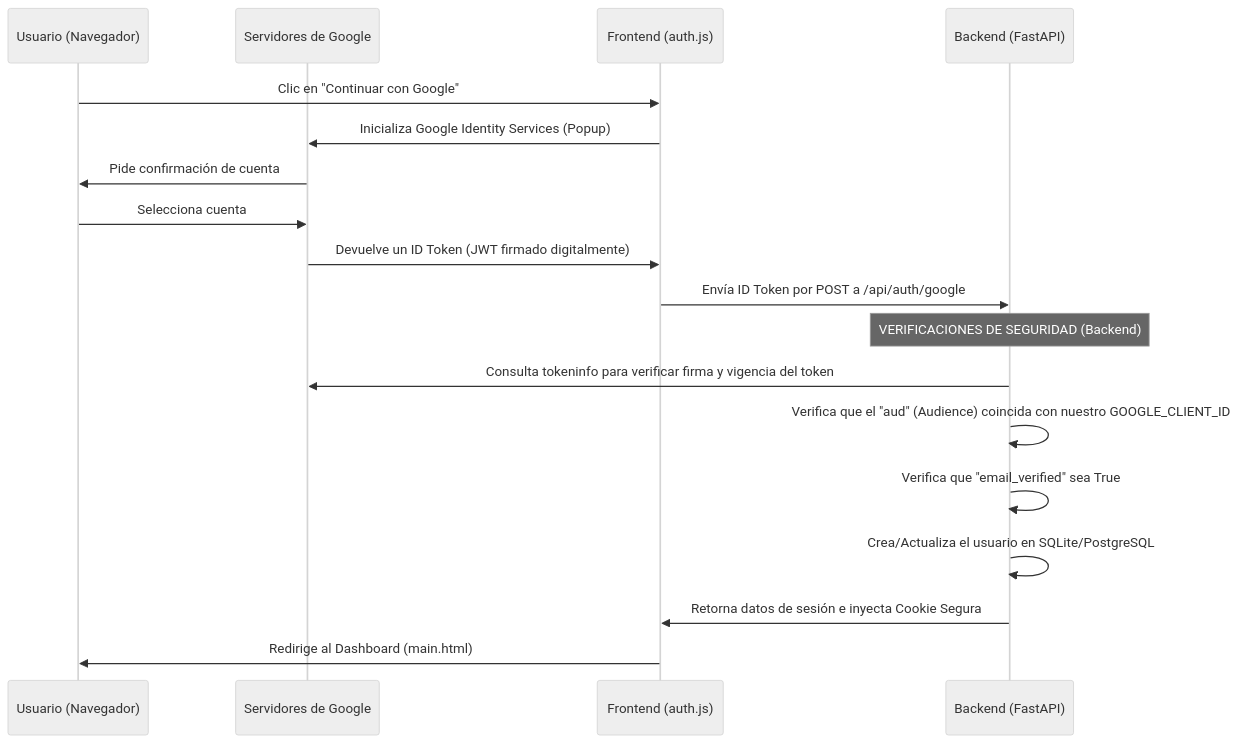
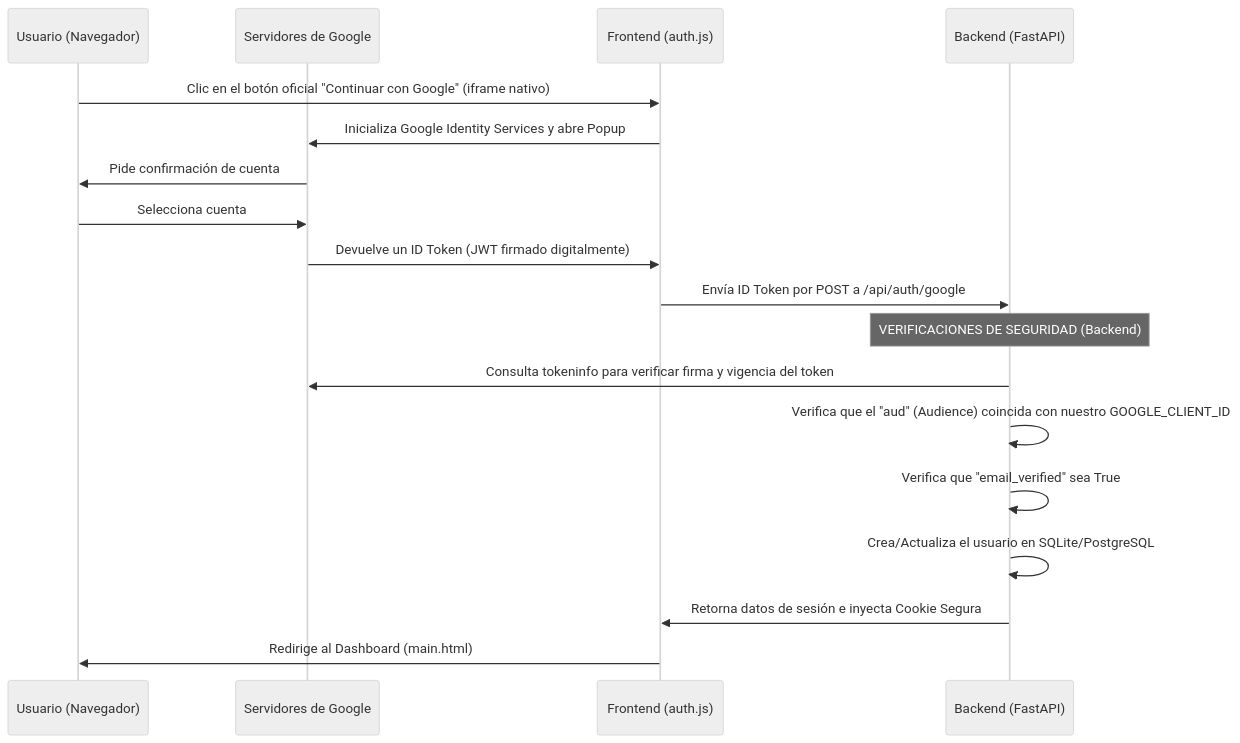
Before and after one commit to carpincho2/Gestor-Finanzas: the diagram in mds/autenticacion_y_responsive.md, drawn with Mermaid (neutral theme). The commit also changed other lines of this file and 3 other files, not shown here.

````diff
--- a/mds/autenticacion_y_responsive.md
+++ b/mds/autenticacion_y_responsive.md
@@ -13,21 +13,21 @@
 ```mermaid
 sequenceDiagram
     participant U as Usuario (Navegador)
     participant G as Servidores de Google
     participant F as Frontend (auth.js)
     participant B as Backend (FastAPI)
     
-    U->>F: Clic en "Continuar con Google"
-    F->>G: Inicializa Google Identity Services (Popup)
+    U->>F: Clic en el botón oficial "Continuar con Google" (iframe nativo)
+    F->>G: Inicializa Google Identity Services y abre Popup
     G->>U: Pide confirmación de cuenta
     U->>G: Selecciona cuenta
     G->>F: Devuelve un ID Token (JWT firmado digitalmente)
     F->>B: Envía ID Token por POST a /api/auth/google
     Note over B: VERIFICACIONES DE SEGURIDAD (Backend)
     B->>G: Consulta tokeninfo para verificar firma y vigencia del token
     B->>B: Verifica que el "aud" (Audience) coincida con nuestro GOOGLE_CLIENT_ID
     B->>B: Verifica que "email_verified" sea True
     B->>B: Crea/Actualiza el usuario en SQLite/PostgreSQL
     B->>F: Retorna datos de sesión e inyecta Cookie Segura
     F->>U: Redirige al Dashboard (main.html)
 ```
````
